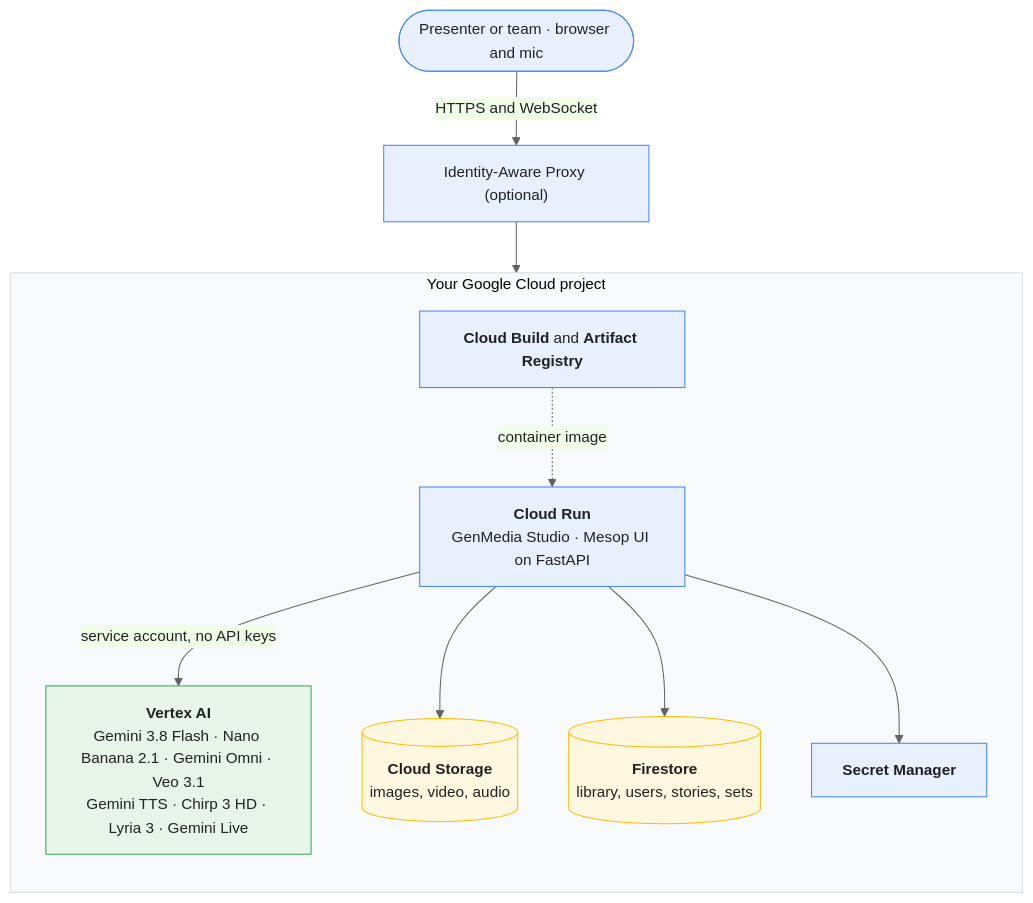
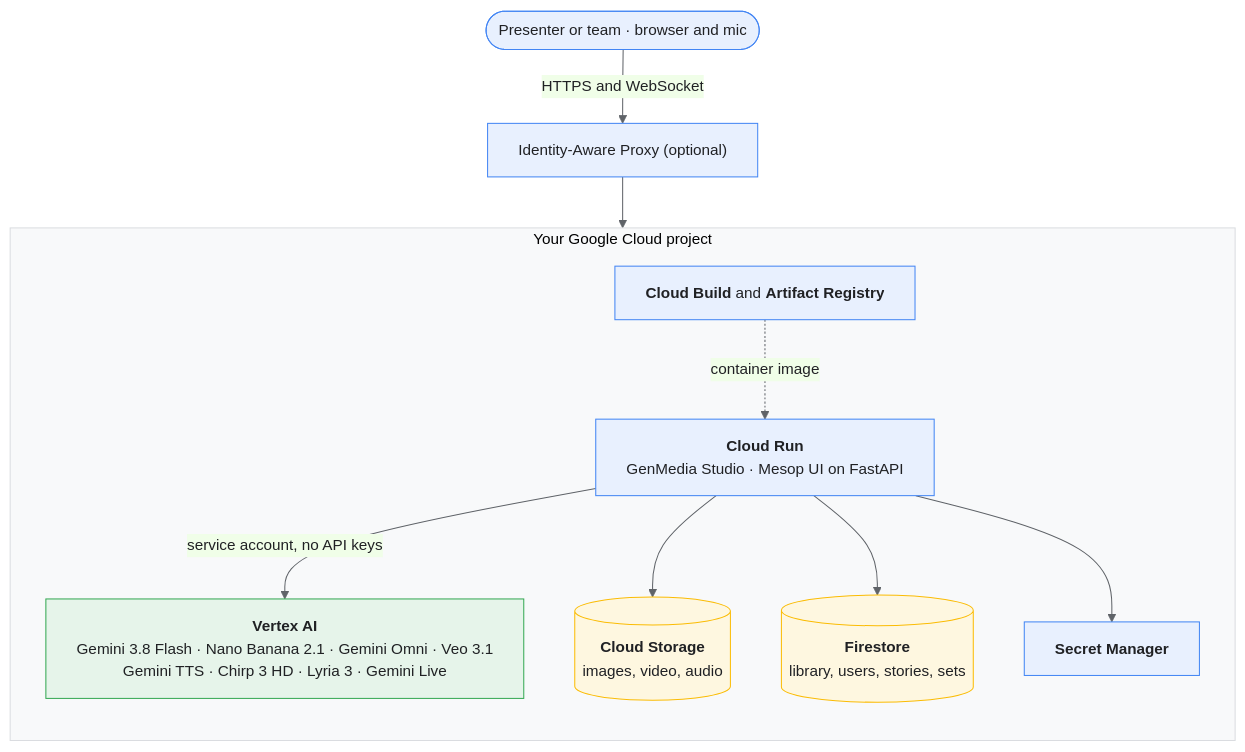
The diagram in README.md (ProjectZero02/creative-studio), drawn with Mermaid before and after one commit.

Commit message:
docs: wider labels in the README architecture diagram

````diff
--- a/README.md
+++ b/README.md
@@ -164,21 +164,21 @@
 ```mermaid
-%%{init: {"theme": "base", "themeVariables": {"fontFamily": "Google Sans, Roboto, Arial", "fontSize": "15px", "primaryColor": "#E8F0FE", "primaryBorderColor": "#4285F4", "primaryTextColor": "#202124", "lineColor": "#5F6368", "clusterBkg": "#F8F9FA", "clusterBorder": "#DADCE0"}}}%%
+%%{init: {"theme": "base", "flowchart": {"wrappingWidth": 460}, "themeVariables": {"fontFamily": "Google Sans, Roboto, Arial", "fontSize": "15px", "primaryColor": "#E8F0FE", "primaryBorderColor": "#4285F4", "primaryTextColor": "#202124", "lineColor": "#5F6368", "clusterBkg": "#F8F9FA", "clusterBorder": "#DADCE0"}}}%%
 flowchart TB
   user(["Presenter or team · browser and mic"]) -- "HTTPS and WebSocket" --> iap["Identity-Aware Proxy (optional)"]
   iap --> run
 
   subgraph gcp ["Your Google Cloud project"]
     direction TB
     run["<b>Cloud Run</b><br>GenMedia Studio · Mesop UI on FastAPI"]
     run -- "service account, no API keys" --> vertex["<b>Vertex AI</b><br>Gemini 3.8 Flash · Nano Banana 2.1 · Gemini Omni · Veo 3.1<br>Gemini TTS · Chirp 3 HD · Lyria 3 · Gemini Live"]
     run --> gcs[("<b>Cloud Storage</b><br>images, video, audio")]
     run --> fs[("<b>Firestore</b><br>library, users, stories, sets")]
     run --> sm["<b>Secret Manager</b>"]
     build["<b>Cloud Build</b> and <b>Artifact Registry</b>"] -. "container image" .-> run
   end
 
   classDef ai fill:#E6F4EA,stroke:#34A853,color:#202124
   classDef data fill:#FEF7E0,stroke:#FBBC04,color:#202124
   class vertex ai
   class gcs,fs data
 ```
````
